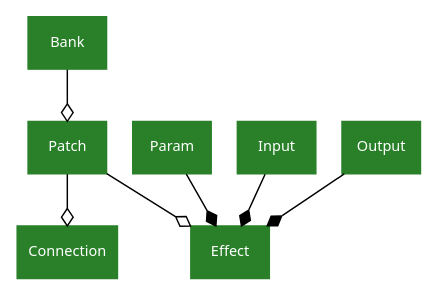
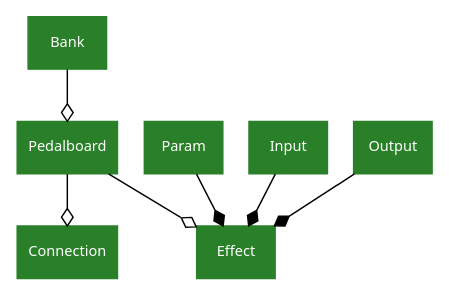
One commit to PedalPi/PluginsManager changed the first of 2 diagrams in docs/source/model.rst. Above: the diagram before and after it, drawn with Graphviz. The commit also changed other lines of this file and 20 other files, not shown here.

Commit message:
patch -> pedalboard

```diff
--- a/docs/source/model.rst
+++ b/docs/source/model.rst
@@ -6,13 +6,13 @@
 .. graphviz::
 
    digraph classes {
        graph [rankdir=TB];
        node [shape=rect, style=filled, color="#298029", fontname=Sans, fontcolor="#ffffff", fontsize=10];
 
-       Bank->Patch [dir="forward", arrowhead="odiamond", arrowtail="normal"];
-       Patch->Connection [dir="forward", arrowhead="odiamond", arrowtail="normal"];
-       Patch->Effect [dir="forward", arrowhead="odiamond", arrowtail="normal"];
+       Bank->Pedalboard [dir="forward", arrowhead="odiamond", arrowtail="normal"];
+       Pedalboard->Connection [dir="forward", arrowhead="odiamond", arrowtail="normal"];
+       Pedalboard->Effect [dir="forward", arrowhead="odiamond", arrowtail="normal"];
        Param->Effect [dir="backward", arrowhead="diamond", arrowtail="normal"];
        Input->Effect [dir="backward", arrowhead="diamond", arrowtail="normal"];
        Output->Effect [dir="backward", arrowhead="diamond", arrowtail="normal"];
    }
```
